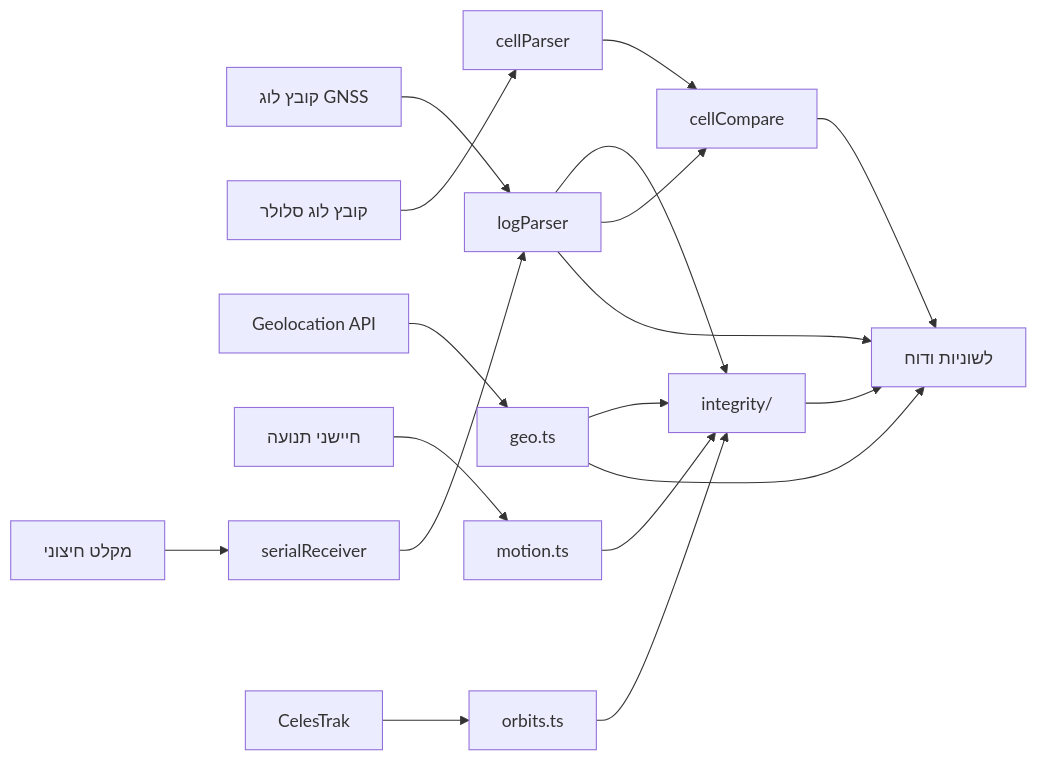
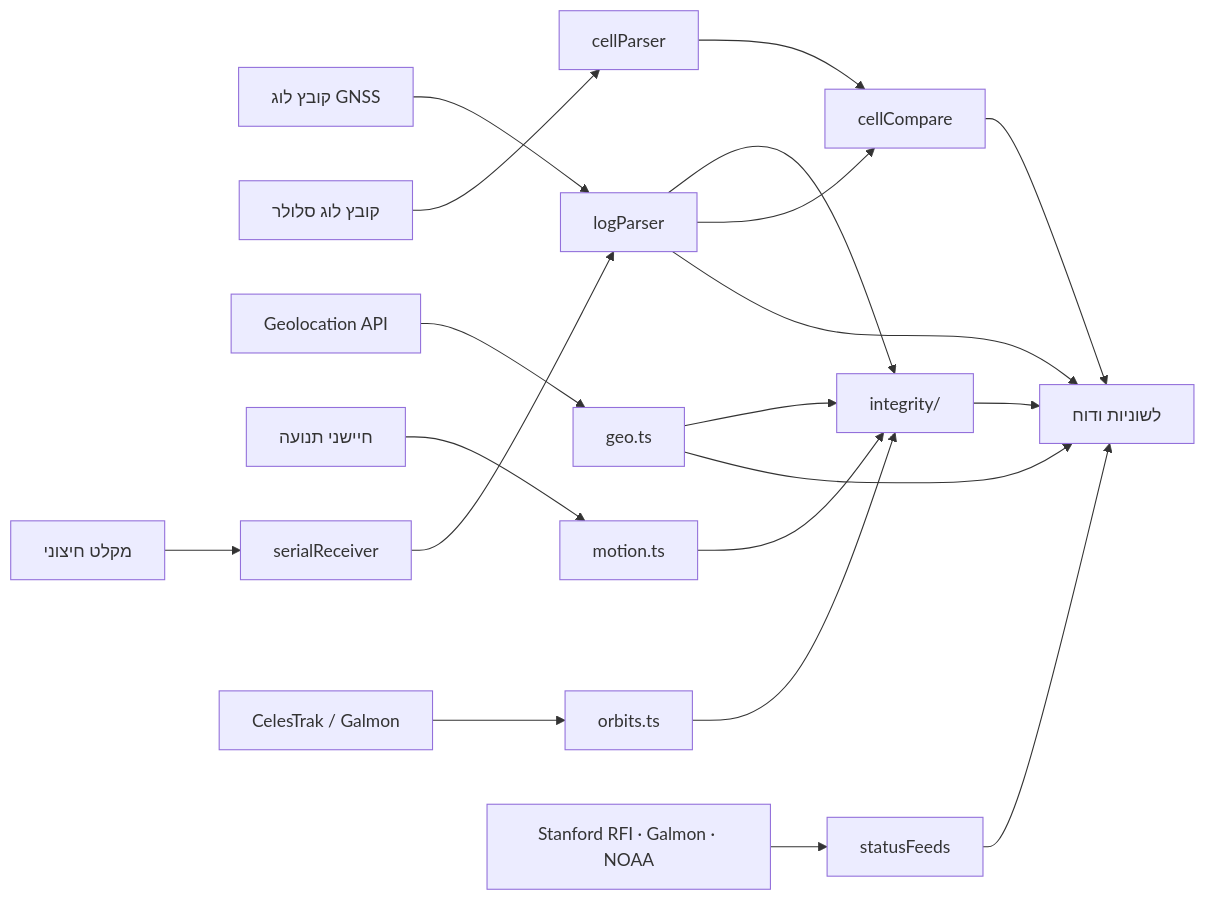
Before and after one commit to tomer-gnss/gnss-loger: the diagram in ARCHITECTURE.md, drawn with Mermaid. The commit also changed other lines of this file and 21 other files, not shown here.

````diff
--- a/ARCHITECTURE.md
+++ b/ARCHITECTURE.md
@@ -38,19 +38,20 @@
 ```mermaid
 flowchart LR
   F[קובץ לוג GNSS] --> LP[logParser]
   C[קובץ לוג סלולר] --> CP[cellParser]
   G[Geolocation API] --> GEO[geo.ts]
   M[חיישני תנועה] --> MO[motion.ts]
   R[מקלט חיצוני] --> SR[serialReceiver] --> LP
-  O[CelesTrak] --> OR[orbits.ts]
+  O[CelesTrak / Galmon] --> OR[orbits.ts]
+  X[Stanford RFI · Galmon · NOAA] --> SF[statusFeeds] --> UI
   LP --> INT[integrity/]
   GEO --> INT
   MO --> INT
   OR --> INT
   LP --> CMP[cellCompare]
   CP --> CMP
   INT --> UI[לשוניות ודוח]
   CMP --> UI
   LP --> UI
   GEO --> UI
 ```
````
